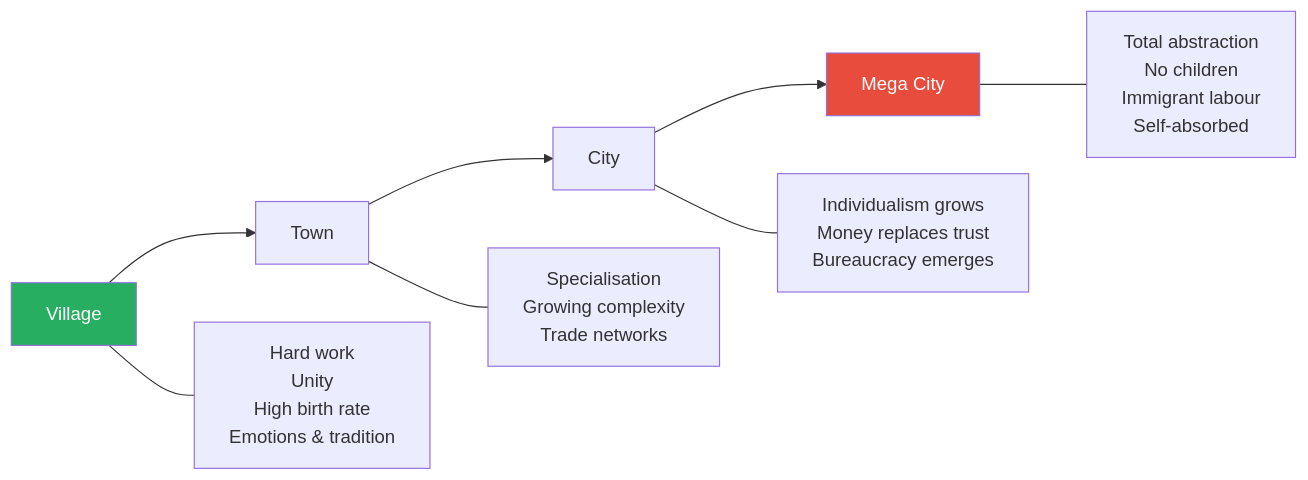
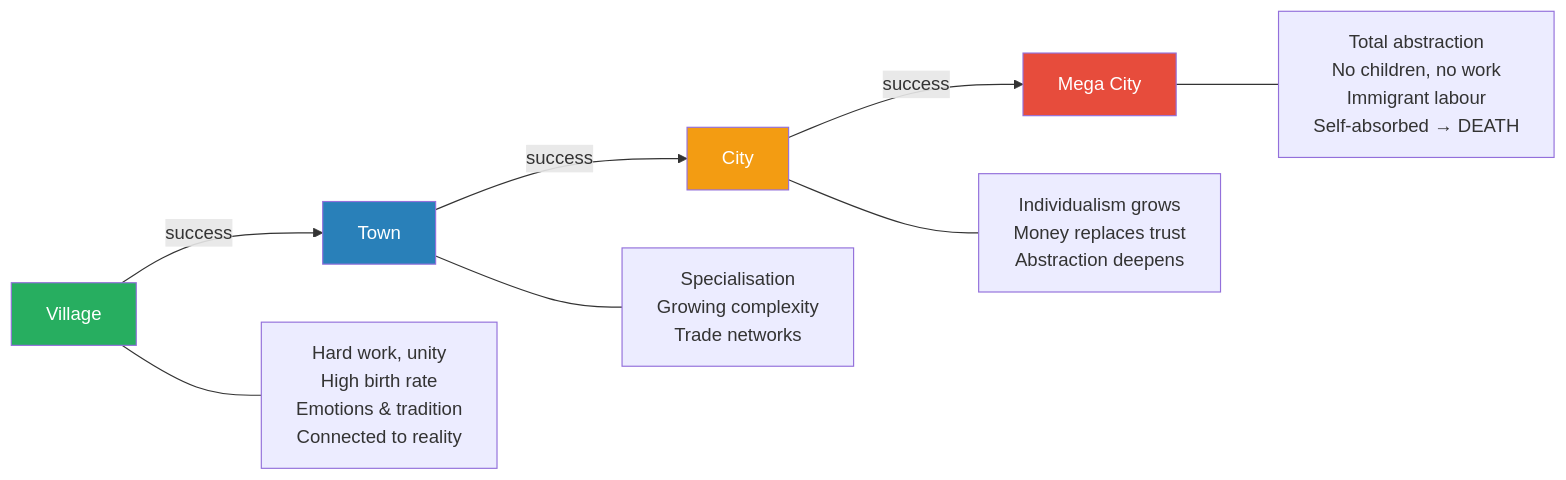
The fourth of 11 diagrams in summaries/Lectures/Secret History/02 - How Societies Collapse.md (alius33/reader), drawn with Mermaid before and after one commit. The commit also changed other lines of this file and 26 other files, not shown here.

````diff
--- a/summaries/Lectures/Secret History/02 - How Societies Collapse.md
+++ b/summaries/Lectures/Secret History/02 - How Societies Collapse.md
@@ -169,12 +206,14 @@
 ```mermaid
 flowchart LR
-    V["Village"] --> T["Town"]
-    T --> C["City"]
-    C --> M["Mega City"]
-    V --- V1["Hard work<br/>Unity<br/>High birth rate<br/>Emotions & tradition"]
+    V["Village"] -->|"success"| T["Town"]
+    T -->|"success"| C["City"]
+    C -->|"success"| M["Mega City"]
+    V --- V1["Hard work, unity<br/>High birth rate<br/>Emotions & tradition<br/>Connected to reality"]
     T --- T1["Specialisation<br/>Growing complexity<br/>Trade networks"]
-    C --- C1["Individualism grows<br/>Money replaces trust<br/>Bureaucracy emerges"]
-    M --- M1["Total abstraction<br/>No children<br/>Immigrant labour<br/>Self-absorbed"]
+    C --- C1["Individualism grows<br/>Money replaces trust<br/>Abstraction deepens"]
+    M --- M1["Total abstraction<br/>No children, no work<br/>Immigrant labour<br/>Self-absorbed → DEATH"]
     style V fill:#27ae60,color:#fff
+    style T fill:#2980b9,color:#fff
+    style C fill:#f39c12,color:#fff
     style M fill:#e74c3c,color:#fff
 ```
````
